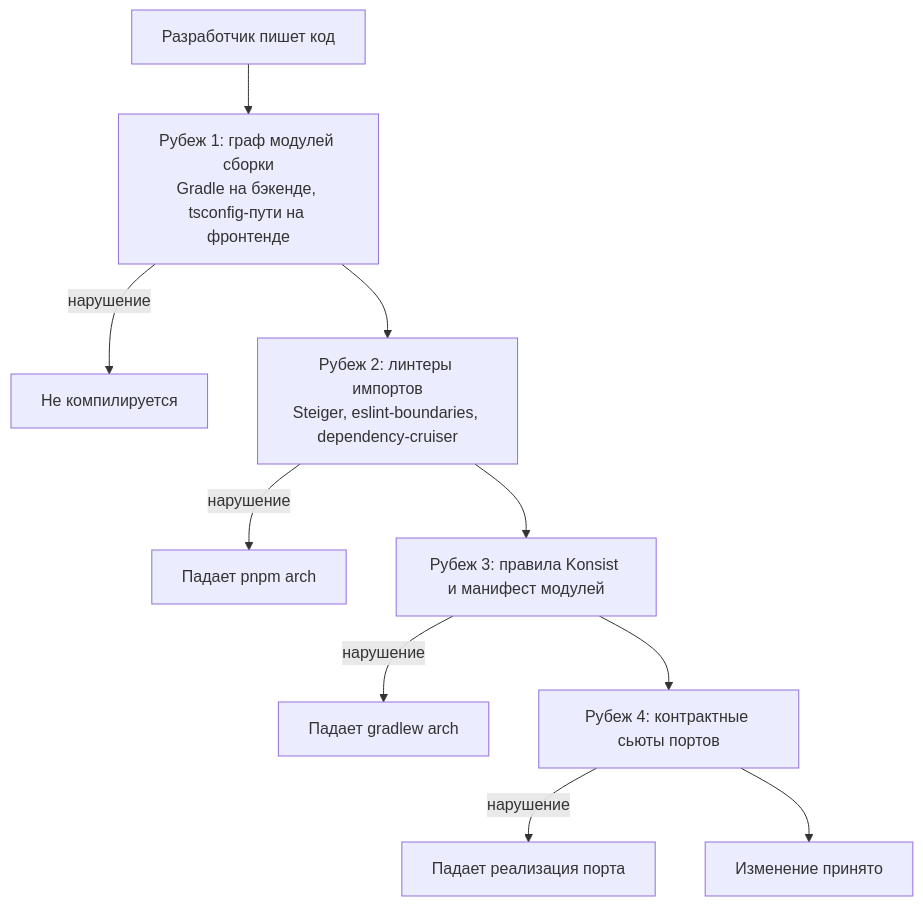
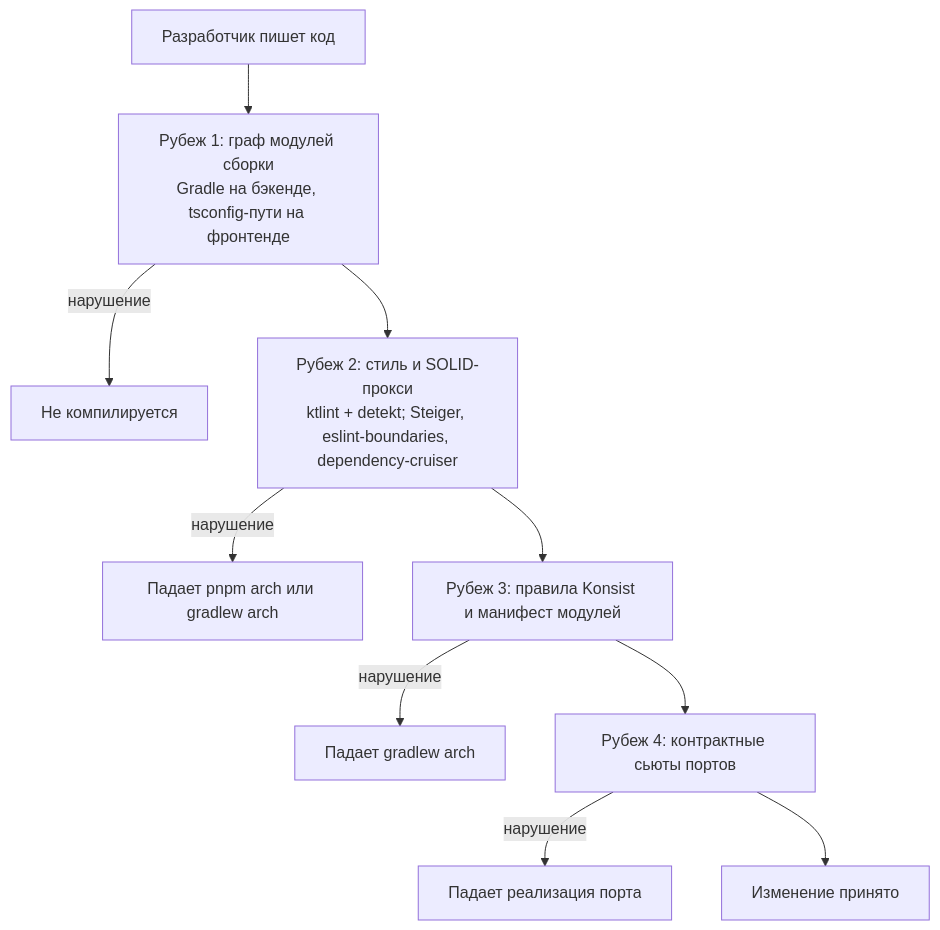
One commit to yuriisurzhykov/Tallyvane changed the first of 19 diagrams in ARCHITECTURE.md. Above: the diagram before and after it, drawn with Mermaid. The commit also changed other lines of this file and 120 other files, not shown here.

First line of the commit message:
feat: add architecture groundwork with static analysis, graph validation, and convention plugins

````diff
--- a/ARCHITECTURE.md
+++ b/ARCHITECTURE.md
@@ -171,13 +178,13 @@
 ```mermaid
 flowchart TB
     Dev["Разработчик пишет код"] --> R1
     R1["Рубеж 1: граф модулей сборки<br/>Gradle на бэкенде, tsconfig-пути на фронтенде"]
     R1 -->|"нарушение"| F1["Не компилируется"]
-    R1 --> R2["Рубеж 2: линтеры импортов<br/>Steiger, eslint-boundaries, dependency-cruiser"]
-    R2 -->|"нарушение"| F2["Падает pnpm arch"]
+    R1 --> R2["Рубеж 2: стиль и SOLID-прокси<br/>ktlint + detekt; Steiger, eslint-boundaries, dependency-cruiser"]
+    R2 -->|"нарушение"| F2["Падает pnpm arch или gradlew arch"]
     R2 --> R3["Рубеж 3: правила Konsist и манифест модулей"]
     R3 -->|"нарушение"| F3["Падает gradlew arch"]
     R3 --> R4["Рубеж 4: контрактные сьюты портов"]
     R4 -->|"нарушение"| F4["Падает реализация порта"]
     R4 --> OK["Изменение принято"]
 ```
````
